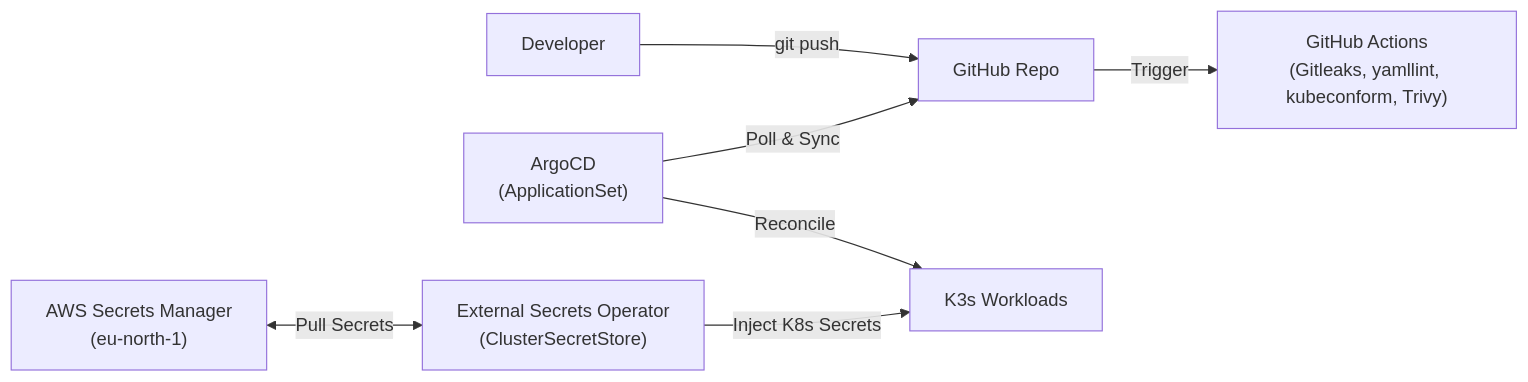
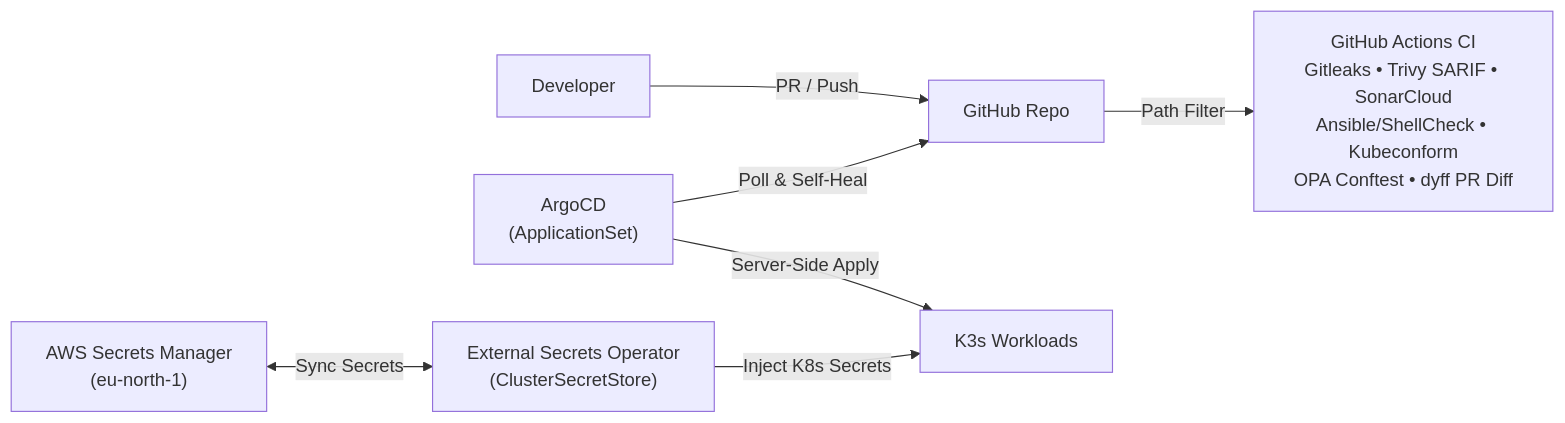
The second of 2 diagrams in README.md (jakubswi/homelab), drawn with Mermaid before and after one commit. The commit also changed other lines of this file, not shown here.

````diff
--- a/README.md
+++ b/README.md
@@ -48,9 +53,9 @@
 ```mermaid
 flowchart LR
-    Dev["Developer"] -->|git push| GH["GitHub Repo"]
-    GH -->|Trigger| CI["GitHub Actions<br/>(Gitleaks, yamllint, kubeconform, Trivy)"]
-    Argo["ArgoCD<br/>(ApplicationSet)"] -->|Poll & Sync| GH
-    Argo -->|Reconcile| K8s["K3s Workloads"]
-    AWS["AWS Secrets Manager<br/>(eu-north-1)"] <-->|Pull Secrets| ESO["External Secrets Operator<br/>(ClusterSecretStore)"]
+    Dev["Developer"] -->|PR / Push| GH["GitHub Repo"]
+    GH -->|Path Filter| CI["GitHub Actions CI<br/>Gitleaks • Trivy SARIF • SonarCloud<br/>Ansible/ShellCheck • Kubeconform<br/>OPA Conftest • dyff PR Diff"]
+    Argo["ArgoCD<br/>(ApplicationSet)"] -->|Poll & Self-Heal| GH
+    Argo -->|Server-Side Apply| K8s["K3s Workloads"]
+    AWS["AWS Secrets Manager<br/>(eu-north-1)"] <-->|Sync Secrets| ESO["External Secrets Operator<br/>(ClusterSecretStore)"]
     ESO -->|Inject K8s Secrets| K8s
 ```
````
